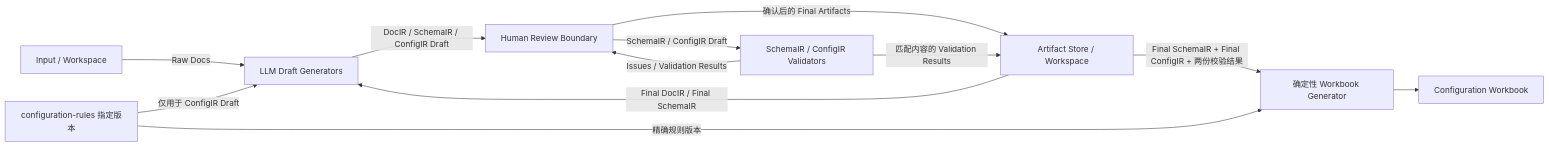
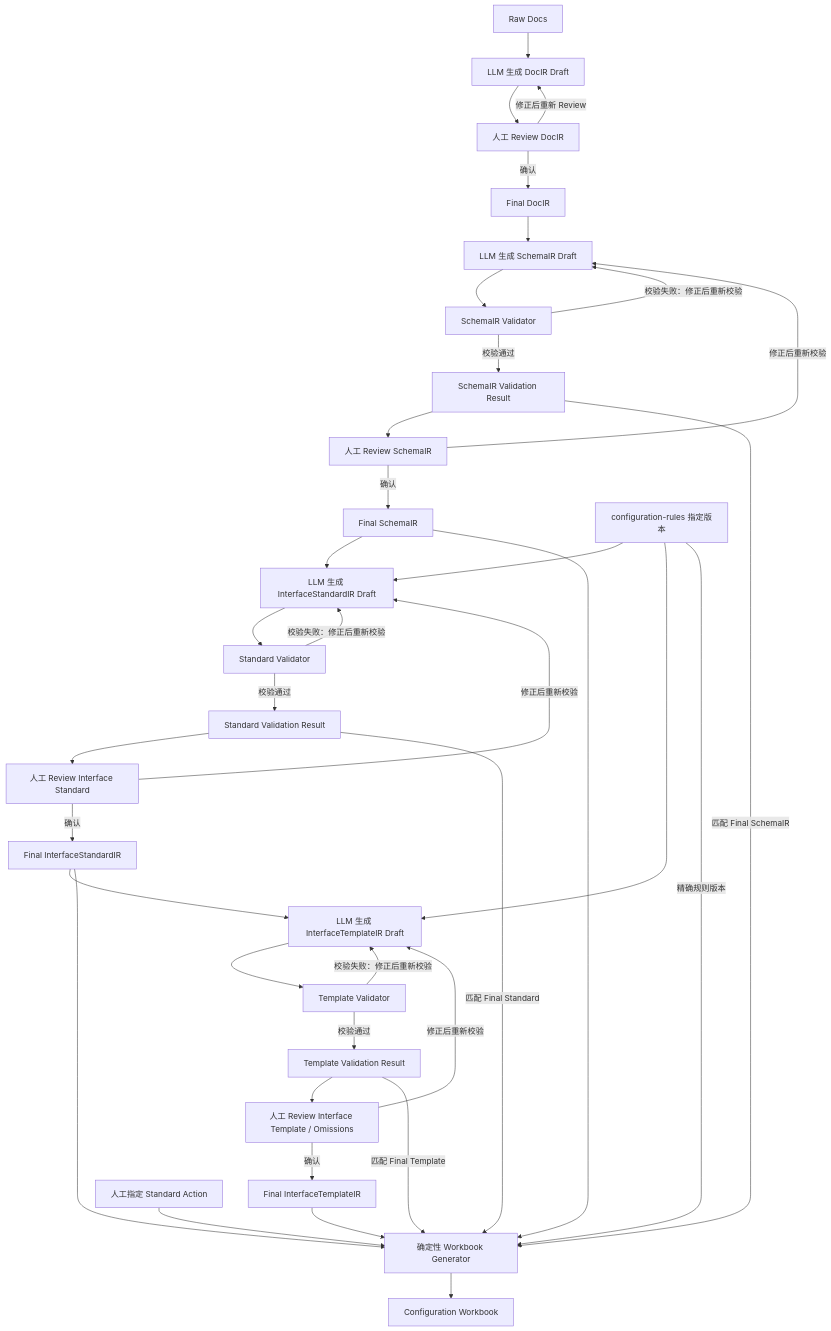
The diagram in docs/design/01-system-overview.md (bank-config-compiler/bank-config-compiler), drawn with Mermaid before and after one commit. The commit also changed other lines of this file and 24 other files, not shown here.

````diff
--- a/docs/design/01-system-overview.md
+++ b/docs/design/01-system-overview.md
@@ -11,17 +13,43 @@
 ```mermaid
-flowchart LR
-    I["Input / Workspace"] -->|"Raw Docs"| L["LLM Draft Generators"]
-    A["Artifact Store / Workspace"] -->|"Final DocIR / Final SchemaIR"| L
-    R["configuration-rules 指定版本"] -->|"仅用于 ConfigIR Draft"| L
+flowchart TD
+    A["Raw Docs"] --> B["LLM 生成 DocIR Draft"]
+    B --> C["人工 Review DocIR"]
+    C -->|"修正后重新 Review"| B
+    C -->|"确认"| D["Final DocIR"]
 
-    L -->|"DocIR / SchemaIR / ConfigIR Draft"| W["Human Review Boundary"]
-    W -->|"SchemaIR / ConfigIR Draft"| V["SchemaIR / ConfigIR Validators"]
-    V -->|"Issues / Validation Results"| W
+    D --> E["LLM 生成 SchemaIR Draft"]
+    E --> F["SchemaIR Validator"]
+    F -->|"校验失败：修正后重新校验"| E
+    F -->|"校验通过"| SV["SchemaIR Validation Result"]
+    SV --> G["人工 Review SchemaIR"]
+    G -->|"修正后重新校验"| E
+    G -->|"确认"| H["Final SchemaIR"]
 
-    W -->|"确认后的 Final Artifacts"| A
-    V -->|"匹配内容的 Validation Results"| A
+    H --> I["LLM 生成 InterfaceStandardIR Draft"]
+    R["configuration-rules 指定版本"] --> I
+    I --> J["Standard Validator"]
+    J -->|"校验失败：修正后重新校验"| I
+    J -->|"校验通过"| STV["Standard Validation Result"]
+    STV --> K["人工 Review Interface Standard"]
+    K -->|"修正后重新校验"| I
+    K -->|"确认"| L["Final InterfaceStandardIR"]
 
-    A -->|"Final SchemaIR + Final ConfigIR + 两份校验结果"| G["确定性 Workbook Generator"]
-    R -->|"精确规则版本"| G
-    G --> K["Configuration Workbook"]
+    L --> M["LLM 生成 InterfaceTemplateIR Draft"]
+    R --> M
+    M --> N["Template Validator"]
+    N -->|"校验失败：修正后重新校验"| M
+    N -->|"校验通过"| TV["Template Validation Result"]
+    TV --> O["人工 Review Interface Template / Omissions"]
+    O -->|"修正后重新校验"| M
+    O -->|"确认"| P["Final InterfaceTemplateIR"]
+
+    H --> Q["确定性 Workbook Generator"]
+    L --> Q
+    P --> Q
+    SV -->|"匹配 Final SchemaIR"| Q
+    STV -->|"匹配 Final Standard"| Q
+    TV -->|"匹配 Final Template"| Q
+    R -->|"精确规则版本"| Q
+    X["人工指定 Standard Action"] --> Q
+    Q --> W["Configuration Workbook"]
 ```
````
